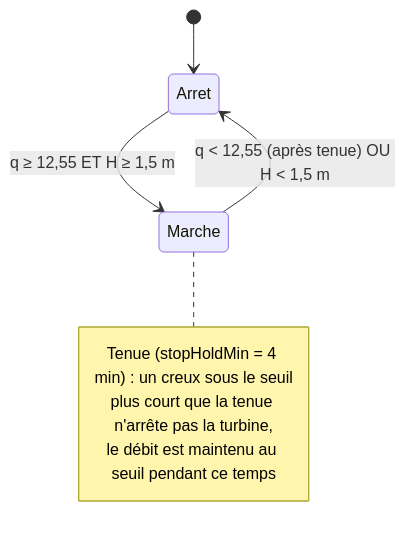
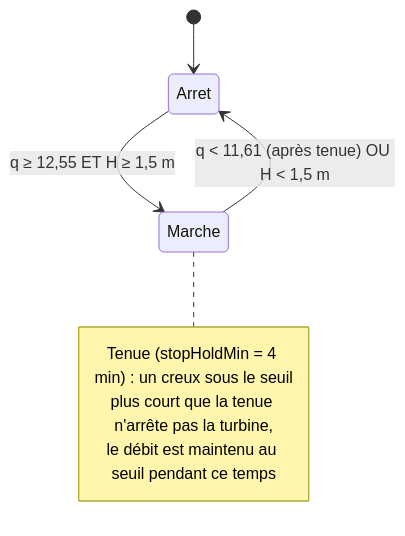
Before and after one commit to luniks/hydroflow: the third of 3 diagrams in docs/modele-turbine.md, drawn with Mermaid. The commit also changed other lines of this file and 9 other files, not shown here.

````diff
--- a/docs/modele-turbine.md
+++ b/docs/modele-turbine.md
@@ -121,11 +121,11 @@
 ```mermaid
 stateDiagram-v2
     [*] --> Arret
     Arret --> Marche : q ≥ 12,55 ET H ≥ 1,5 m
-    Marche --> Arret : q < 12,55 (après tenue) OU H < 1,5 m
+    Marche --> Arret : q < 11,61 (après tenue) OU H < 1,5 m
     note right of Marche
         Tenue (stopHoldMin = 4 min) : un creux sous le seuil
         plus court que la tenue n'arrête pas la turbine,
         le débit est maintenu au seuil pendant ce temps
     end note
 ```
````
